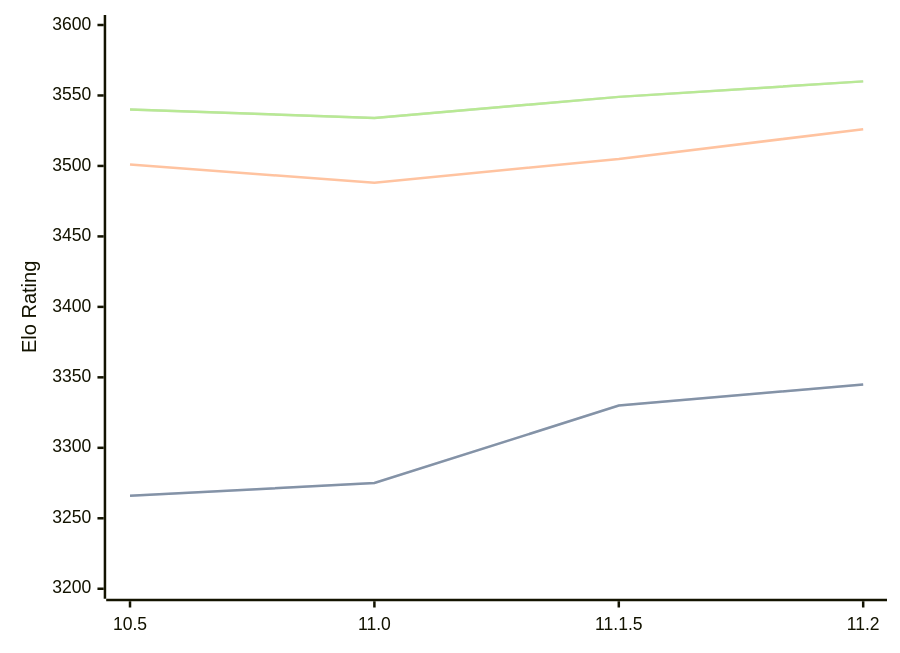
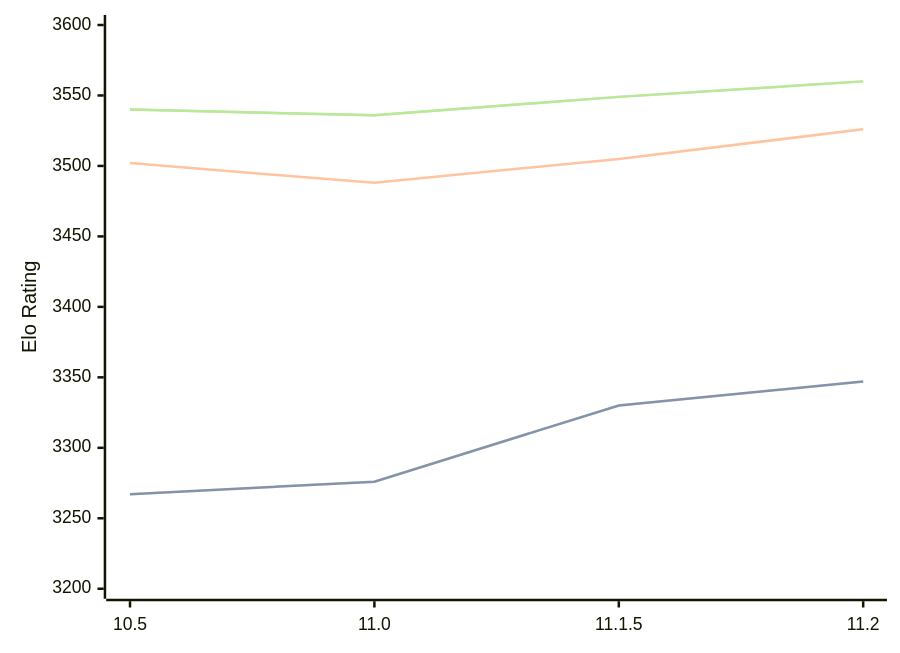
The diagram in engines/Lizard.md (computer-chess-index/cci), drawn with Mermaid before and after one commit. The commit also changed other lines of this file, not shown here.

Commit message:
Update CCI Ratings (ELO VLTC) - 2026-02-26

````diff
--- a/engines/Lizard.md
+++ b/engines/Lizard.md
@@ -44,11 +44,11 @@
 ```mermaid
 %%{init: {"theme":"base","themeVariables":{"seriesColors:['#a3a3a3','#222221','#faa371']}}}%%
 xychart-beta
   x-axis ["10.5", "11.0", "11.1.5", "11.2"]
   y-axis "Elo Rating" 3200 --> 3600
-  line "STC (8.0+0.08s)" [3266, 3275, 3330, 3345]
-  line "STC (8.0+0.08s)" [3266, 3275, 3330, 3345]
-  line "LTC (60.0+0.60s)" [3501, 3488, 3505, 3526]
-  line "VLTC (2m24s+1.12s)" [3540, 3534, 3549, 3560]
-  line "VLTC (2m24s+1.12s)" [3540, 3534, 3549, 3560]
+  line "STC (8.0+0.08s)" [3267, 3276, 3330, 3347]
+  line "STC (8.0+0.08s)" [3267, 3276, 3330, 3347]
+  line "LTC (60.0+0.60s)" [3502, 3488, 3505, 3526]
+  line "VLTC (2m24s+1.12s)" [3540, 3536, 3549, 3560]
+  line "VLTC (2m24s+1.12s)" [3540, 3536, 3549, 3560]
 ```
````
